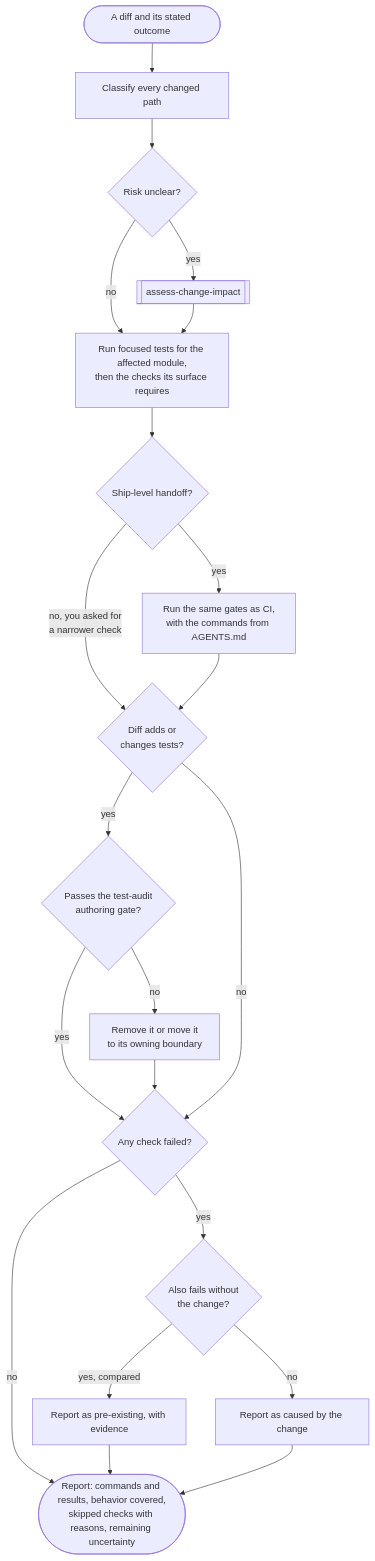
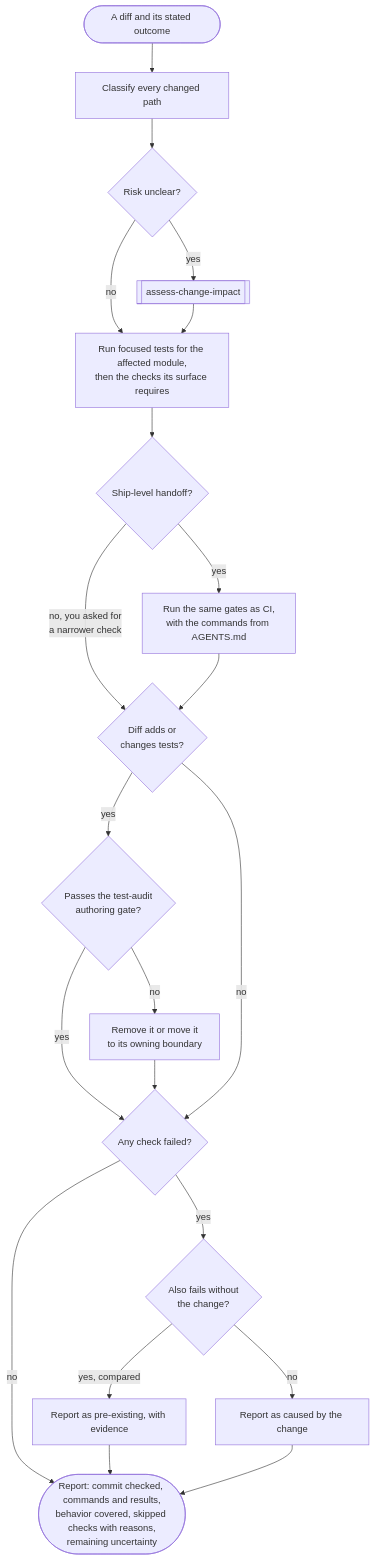
One commit to Sannrox/agent-kit changed diagram 11 of 20 in docs/skill-flows.md. Above: the diagram before and after it, drawn with Mermaid. The commit also changed other lines of this file and 4 other files, not shown here.

````diff
--- a/docs/skill-flows.md
+++ b/docs/skill-flows.md
@@ -308,23 +313,23 @@
 ```mermaid
 flowchart TD
     start(["A diff and its stated outcome"]) --> classify["Classify every changed path"]
     classify --> risk{"Risk unclear?"}
     risk -->|"yes"| impact[["assess-change-impact"]]
     risk -->|"no"| focused
     impact --> focused["Run focused tests for the affected module,<br/>then the checks its surface requires"]
     focused --> ship{"Ship-level handoff?"}
     ship -->|"yes"| gates["Run the same gates as CI,<br/>with the commands from AGENTS.md"]
     ship -->|"no, you asked for<br/>a narrower check"| tests
     gates --> tests{"Diff adds or<br/>changes tests?"}
     tests -->|"yes"| audit{"Passes the test-audit<br/>authoring gate?"}
     audit -->|"no"| remove["Remove it or move it<br/>to its owning boundary"]
     audit -->|"yes"| fail
     remove --> fail
     tests -->|"no"| fail{"Any check failed?"}
     fail -->|"yes"| pre{"Also fails without<br/>the change?"}
     pre -->|"yes, compared"| existing["Report as pre-existing, with evidence"]
     pre -->|"no"| blocking["Report as caused by the change"]
     fail -->|"no"| report
     existing --> report
-    blocking --> report(["Report: commands and results, behavior covered,<br/>skipped checks with reasons, remaining uncertainty"])
+    blocking --> report(["Report: commit checked, commands and results,<br/>behavior covered, skipped checks with reasons,<br/>remaining uncertainty"])
 ```
````
